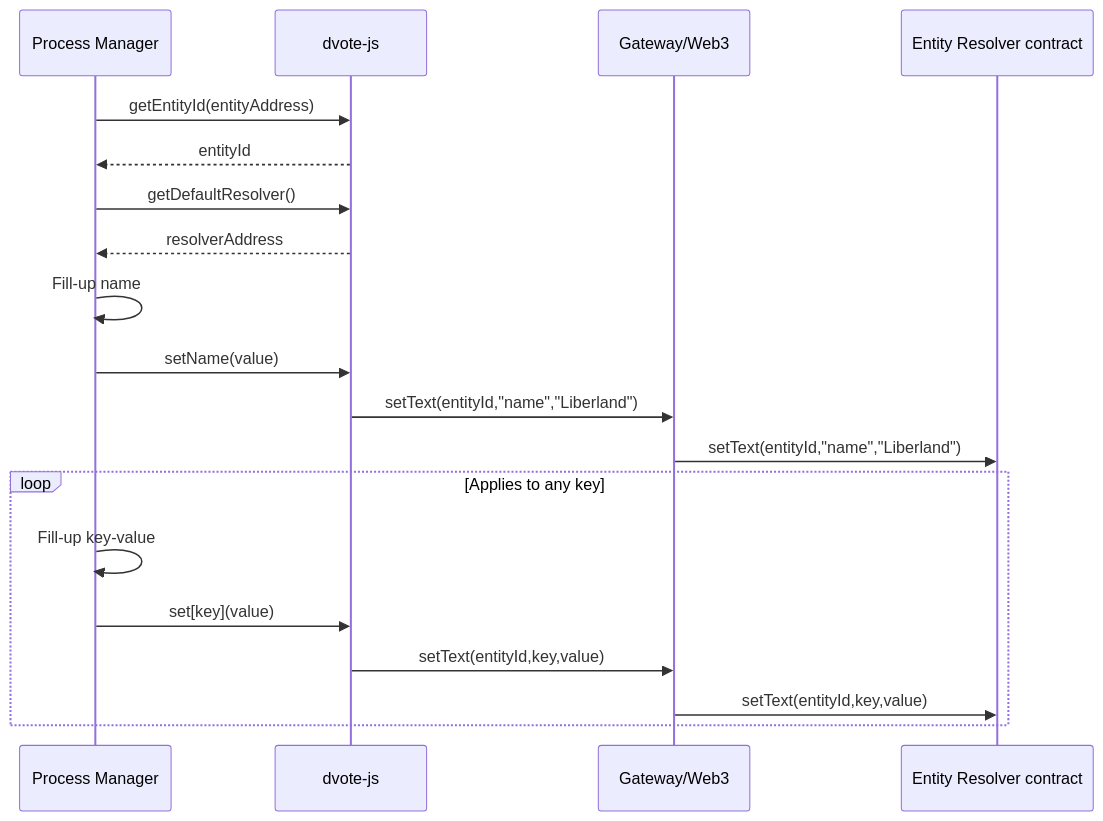
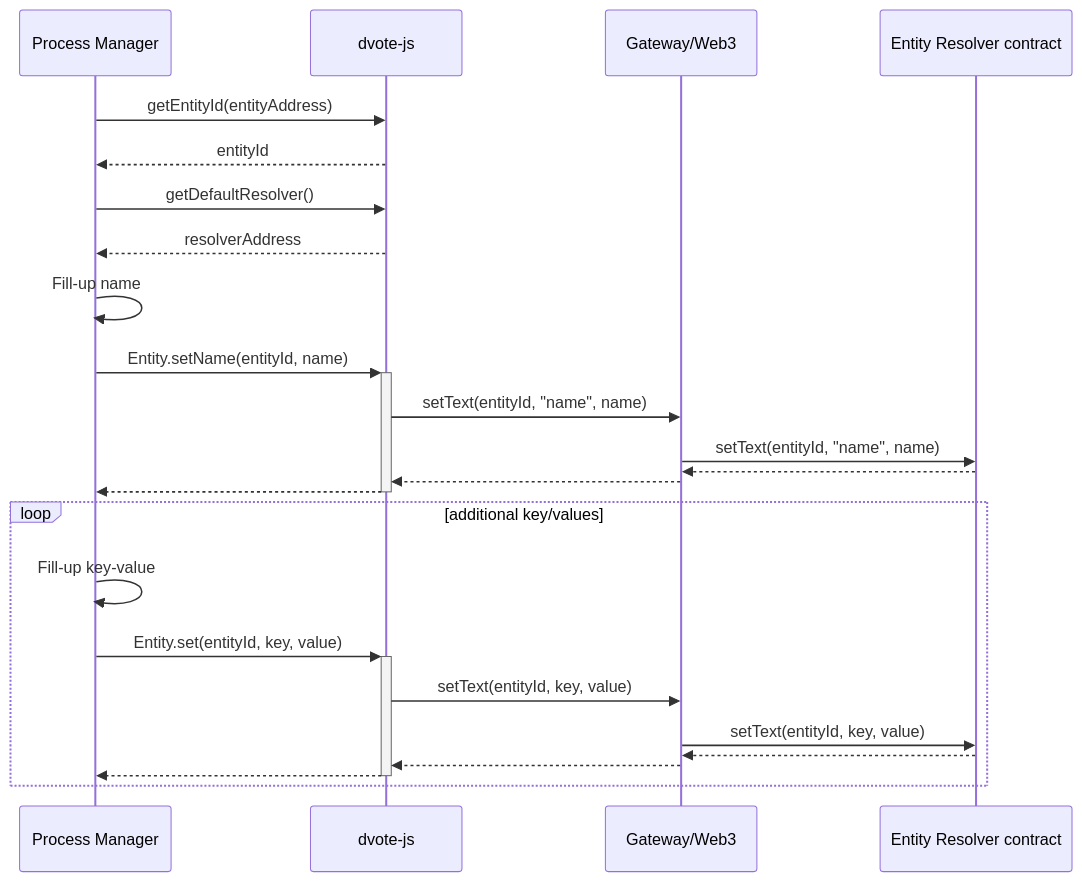
Before and after one commit to vocdoni/docs: the third of 15 diagrams in docs/protocol/sequence-diagrams.md, drawn with Mermaid. The commit also changed 1 other file, not shown here.

Commit message:
Feedback work in progress

````diff
--- a/docs/protocol/sequence-diagrams.md
+++ b/docs/protocol/sequence-diagrams.md
@@ -71,27 +71,33 @@
 ```mermaid
 
 sequenceDiagram
     participant PM as Process Manager
     participant DV as dvote-js
     participant GW as Gateway/Web3
     participant ER as Entity Resolver contract
 
     PM->>DV: getEntityId(entityAddress)
     DV-->>PM: entityId
 
     PM->>DV: getDefaultResolver()
     DV-->>PM: resolverAddress
 
     PM->>PM: Fill-up name
-    PM->>DV: setName(value)
-        DV->>GW: setText(entityId,"name","Liberland")
-        GW->>ER: setText(entityId,"name","Liberland")
+    PM->>+DV: Entity.setName(entityId, name)
+        DV->>GW: setText(entityId, "name", name)
+            GW->>ER: setText(entityId, "name", name)
+            ER-->>GW: 
+        GW-->>DV: 
+    DV-->>-PM: 
 
-    loop Applies to any key
+    loop additional key/values
         PM->>PM: Fill-up key-value
-        PM->>DV: set[key](value)
-        DV->>GW: setText(entityId,key,value)
-        GW->>ER: setText(entityId,key,value)
+        PM->>+DV: Entity.set(entityId, key, value)
+            DV->>GW: setText(entityId, key, value)
+                GW->>ER: setText(entityId, key, value)
+                ER-->>GW: 
+            GW-->>DV: 
+        DV-->>-PM: 
     end
 
 ```
````
